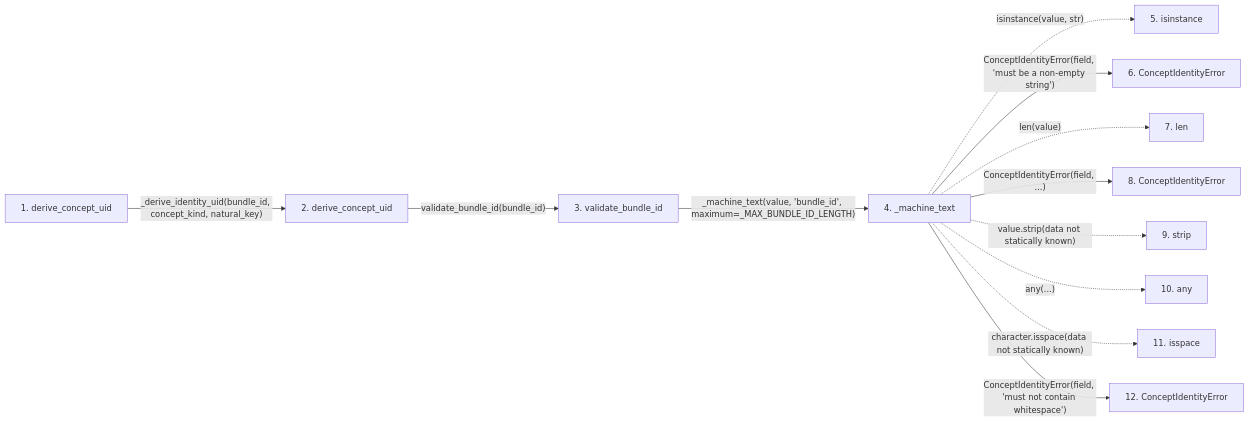
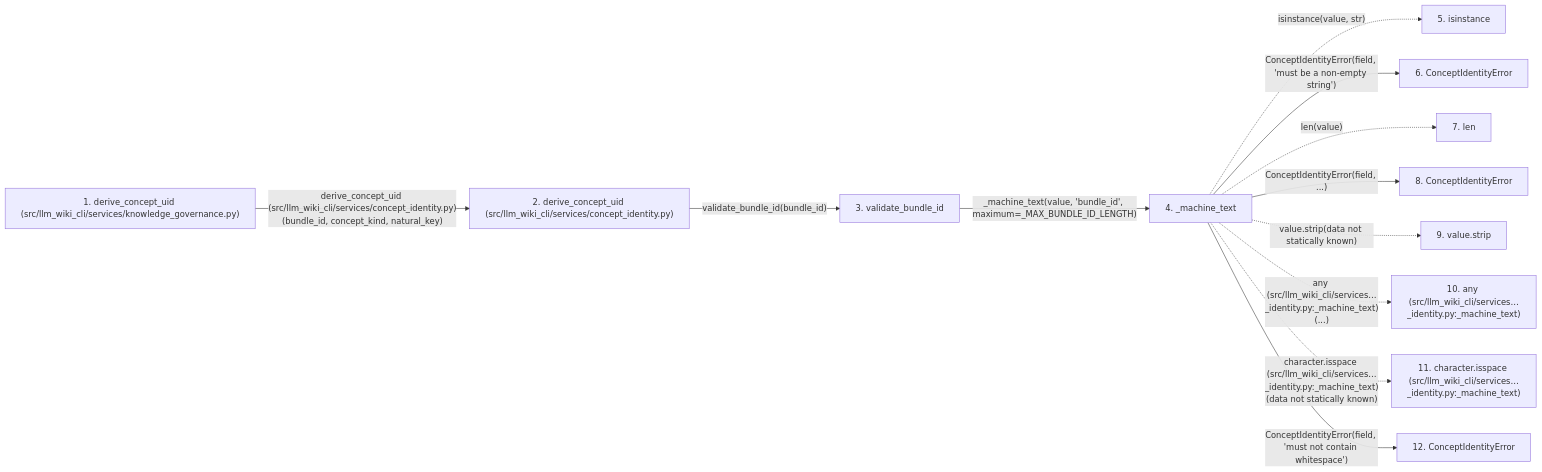
One commit to Denissvgn/python-wiki-llm changed the second of 2 diagrams in docs/llm_wiki/flows/api-derive_concept_uid-knowledge_governance.md. Above: the diagram before and after it, drawn with Mermaid. The commit also changed other lines of this file and 719 other files, not shown here.

````diff
--- a/docs/llm_wiki/flows/api-derive_concept_uid-knowledge_governance.md
+++ b/docs/llm_wiki/flows/api-derive_concept_uid-knowledge_governance.md
@@ -69,33 +72,33 @@
 ```mermaid
 flowchart LR
-    s1["1. derive_concept_uid"]
-    s2["2. derive_concept_uid"]
+    s1["1. derive_concept_uid (src/llm_wiki_cli/services/knowledge_governance.py)"]
+    s2["2. derive_concept_uid (src/llm_wiki_cli/services/concept_identity.py)"]
     s3["3. validate_bundle_id"]
     s4["4. _machine_text"]
     s5["5. isinstance"]
     s6["6. ConceptIdentityError"]
     s7["7. len"]
     s8["8. ConceptIdentityError"]
-    s9["9. strip"]
-    s10["10. any"]
-    s11["11. isspace"]
+    s9["9. value.strip"]
+    s10["10. any (src/llm_wiki_cli/services…_identity.py:_machine_text)"]
+    s11["11. character.isspace (src/llm_wiki_cli/services…_identity.py:_machine_text)"]
     s12["12. ConceptIdentityError"]
-    s1 -->|"_derive_identity_uid(bundle_id, concept_kind, natural_key)"| s2
+    s1 -->|"derive_concept_uid (src/llm_wiki_cli/services/concept_identity.py)(bundle_id, concept_kind, natural_key)"| s2
     s2 -->|"validate_bundle_id(bundle_id)"| s3
     s3 -->|"_machine_text(value, 'bundle_id', maximum=_MAX_BUNDLE_ID_LENGTH)"| s4
     s4 -. "isinstance(value, str)" .-> s5
     s4 -->|"ConceptIdentityError(field, 'must be a non-empty string')"| s6
     s4 -. "len(value)" .-> s7
     s4 -->|"ConceptIdentityError(field, ...)"| s8
     s4 -. "value.strip(data not statically known)" .-> s9
-    s4 -. "any(...)" .-> s10
-    s4 -. "character.isspace(data not statically known)" .-> s11
+    s4 -. "any (src/llm_wiki_cli/services…_identity.py:_machine_text)(...)" .-> s10
+    s4 -. "character.isspace (src/llm_wiki_cli/services…_identity.py:_machine_text)(data not statically known)" .-> s11
     s4 -->|"ConceptIdentityError(field, 'must not contain whitespace')"| s12
     click s1 "../modules/knowledge_governance.md"
     click s2 "../modules/concept_identity.md"
     click s3 "../modules/concept_identity.md"
     click s4 "../modules/concept_identity.md"
     click s6 "../modules/concept_identity.md"
     click s8 "../modules/concept_identity.md"
     click s12 "../modules/concept_identity.md"
 ```
````
